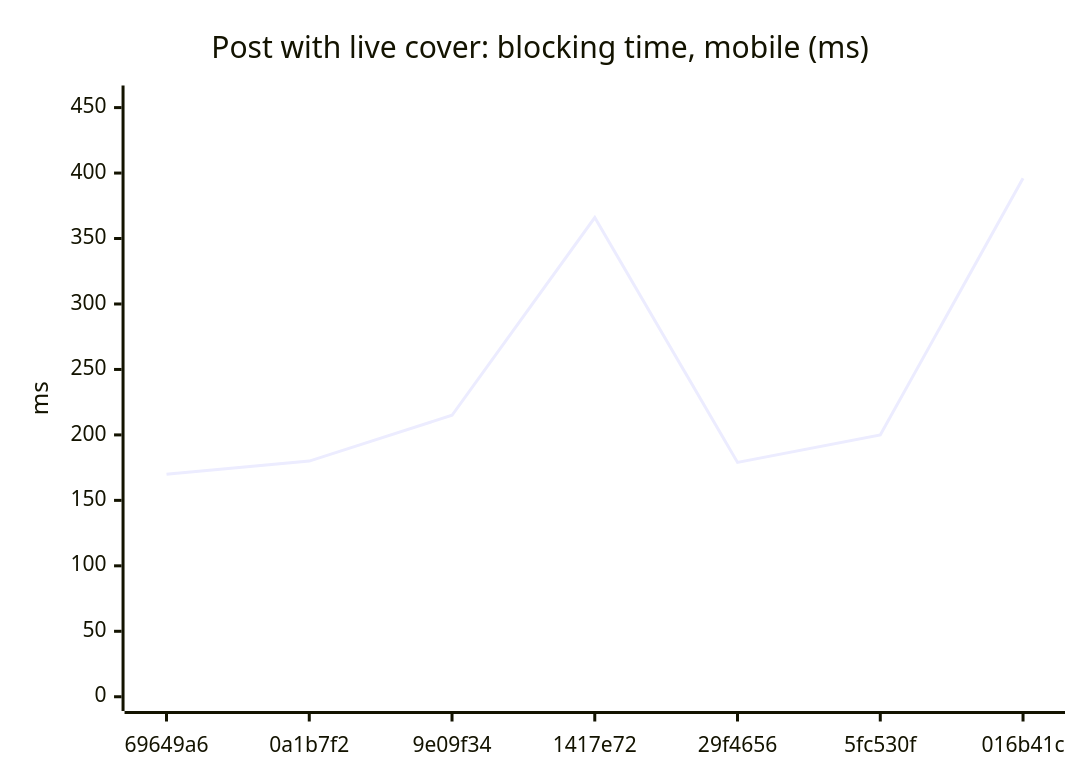
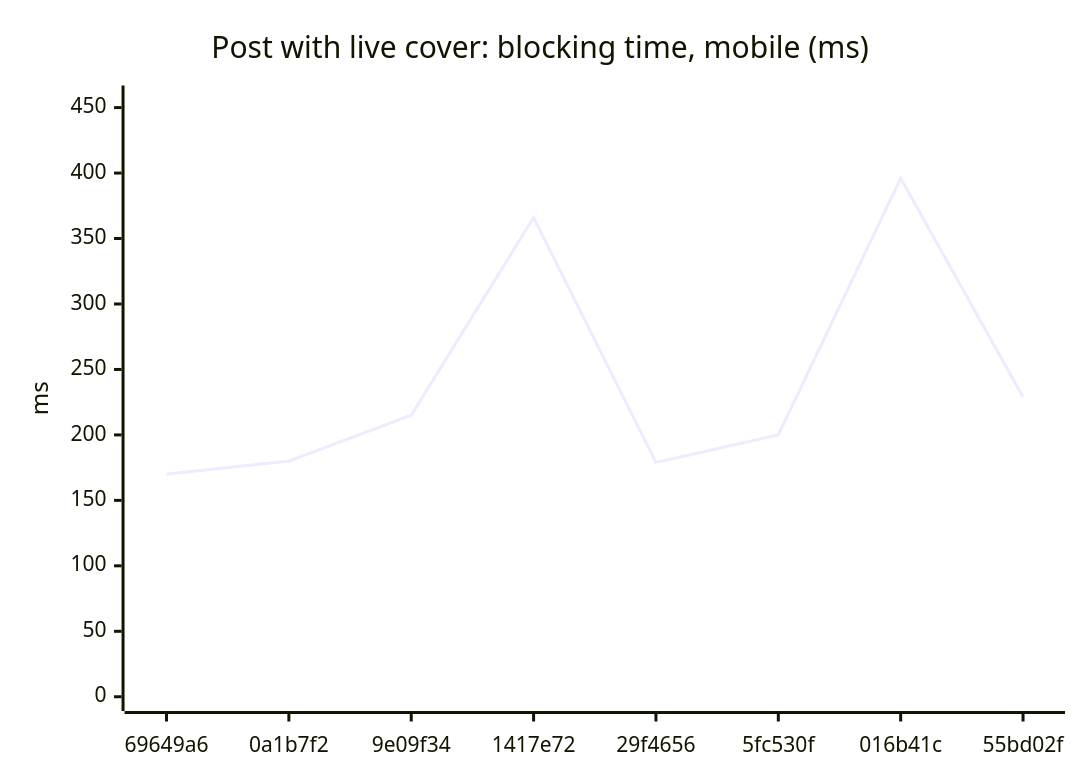
One commit to AxelUser/maltsev.space changed diagram 14 of 18 in README.md. Above: the diagram before and after it, drawn with Mermaid. The commit also changed other lines of this file and 1 other file, not shown here.

````diff
--- a/README.md
+++ b/README.md
@@ -151,7 +151,7 @@
 ```mermaid
 xychart-beta
   title "Post with live cover: blocking time, mobile (ms)"
-  x-axis ["69649a6", "0a1b7f2", "9e09f34", "1417e72", "29f4656", "5fc530f", "016b41c"]
+  x-axis ["69649a6", "0a1b7f2", "9e09f34", "1417e72", "29f4656", "5fc530f", "016b41c", "55bd02f"]
   y-axis "ms" 0 --> 456
-  line [170, 180, 215, 366, 179, 200, 396]
+  line [170, 180, 215, 366, 179, 200, 396, 229]
 ```
````
